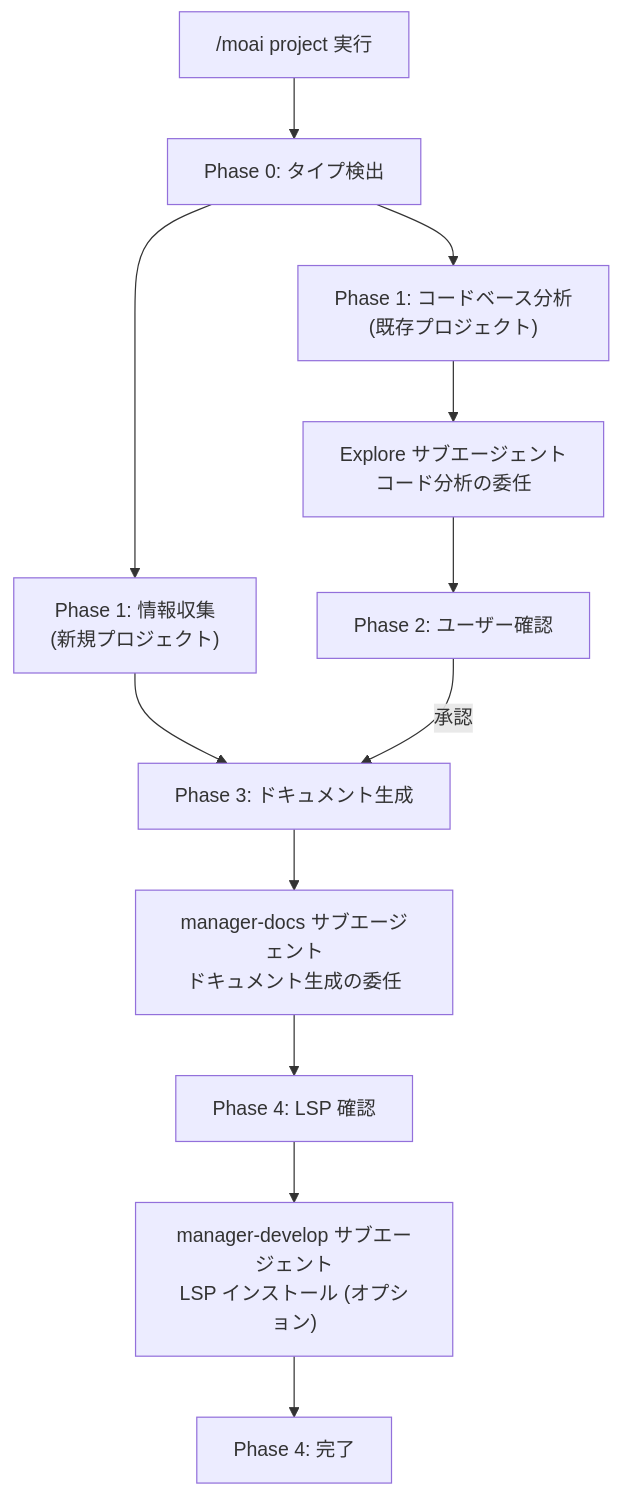
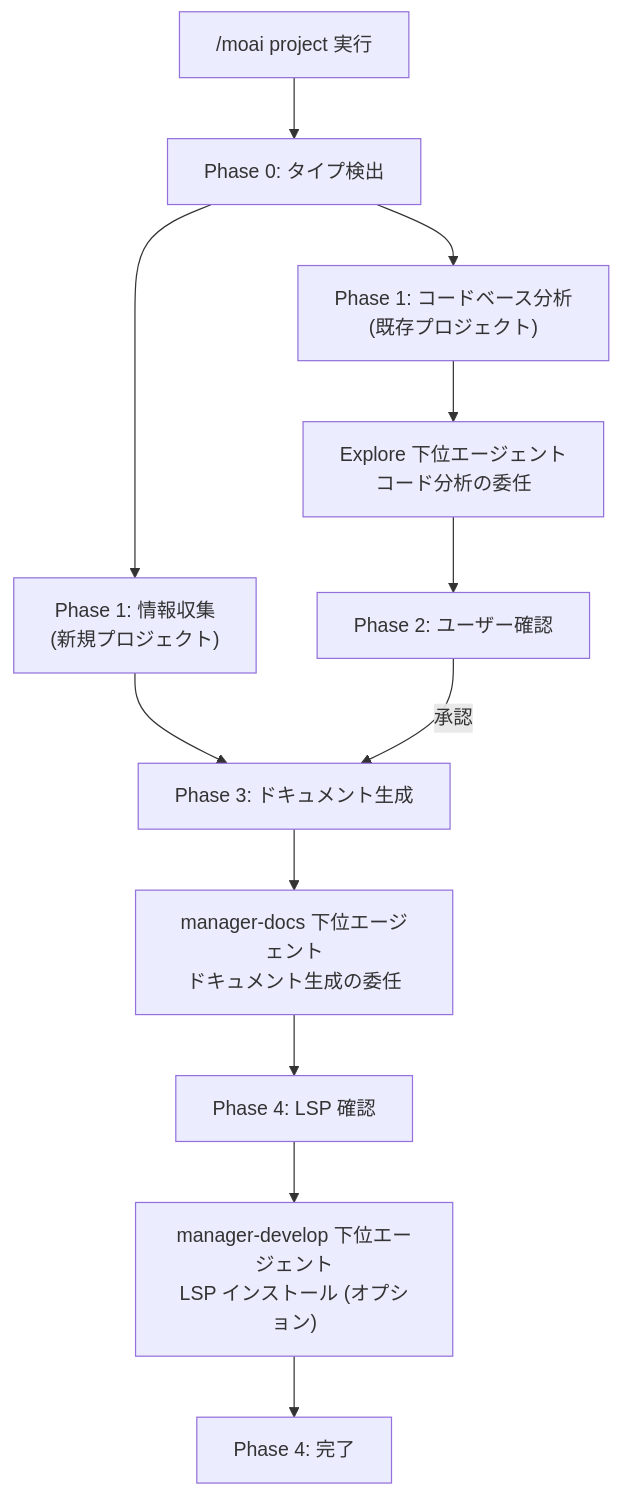
The third of 3 diagrams in docs-site/content/ja/workflow-commands/moai-project.md (modu-ai/moai-adk), drawn with Mermaid before and after one commit. The commit also changed other lines of this file and 180 other files, not shown here.

````diff
--- a/docs-site/content/ja/workflow-commands/moai-project.md
+++ b/docs-site/content/ja/workflow-commands/moai-project.md
@@ -506,18 +548,18 @@
 ```mermaid
 flowchart TD
     Start["/moai project 実行"] --> Phase0["Phase 0: タイプ検出"]
     Phase0 --> Phase05["Phase 1: 情報収集<br/>(新規プロジェクト)"]
     Phase0 --> Phase1["Phase 1: コードベース分析<br/>(既存プロジェクト)"]
 
-    Phase1 --> Explore["Explore サブエージェント<br/>コード分析の委任"]
+    Phase1 --> Explore["Explore 下位エージェント<br/>コード分析の委任"]
     Explore --> Phase2["Phase 2: ユーザー確認"]
 
     Phase05 --> Phase3["Phase 3: ドキュメント生成"]
     Phase2 -->|承認| Phase3
 
-    Phase3 --> Docs["manager-docs サブエージェント<br/>ドキュメント生成の委任"]
+    Phase3 --> Docs["manager-docs 下位エージェント<br/>ドキュメント生成の委任"]
     Docs --> Phase35["Phase 4: LSP 確認"]
 
-    Phase35 --> DevOps["manager-develop サブエージェント<br/>LSP インストール (オプション)"]
+    Phase35 --> DevOps["manager-develop 下位エージェント<br/>LSP インストール (オプション)"]
     DevOps --> Phase4["Phase 4: 完了"]
 ```
````
